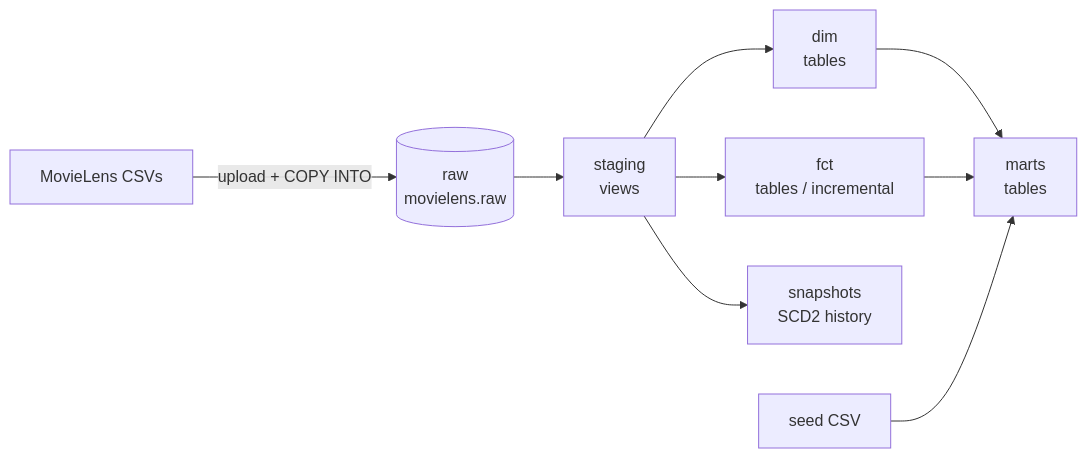
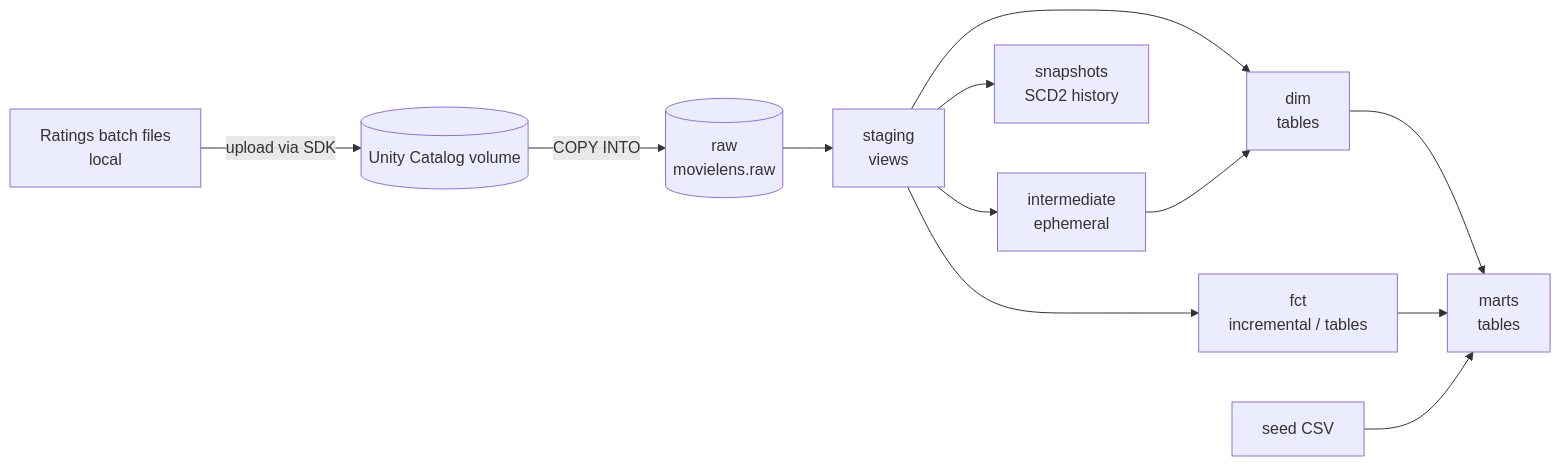
The diagram in README.md (tatsat97/movielens-lakehouse), drawn with Mermaid before and after one commit. The commit also changed other lines of this file, not shown here.

````diff
--- a/README.md
+++ b/README.md
@@ -11,11 +9,14 @@
 ```mermaid
 flowchart LR
-    A[MovieLens CSVs] -->|upload + COPY INTO| B[(raw<br/>movielens.raw)]
-    B --> C[staging<br/>views]
-    C --> D[dim<br/>tables]
-    C --> E[fct<br/>tables / incremental]
-    C --> S[snapshots<br/>SCD2 history]
+    A[Ratings batch files<br/>local] -->|upload via SDK| V[(Unity Catalog volume)]
+    V -->|COPY INTO| R[(raw<br/>movielens.raw)]
+    R --> S[staging<br/>views]
+    S --> I[intermediate<br/>ephemeral]
+    S --> D[dim<br/>tables]
+    S --> F[fct<br/>incremental / tables]
+    S --> SN[snapshots<br/>SCD2 history]
+    I --> D
     D --> M[marts<br/>tables]
-    E --> M
+    F --> M
     SD[seed CSV] --> M
 ```
````
